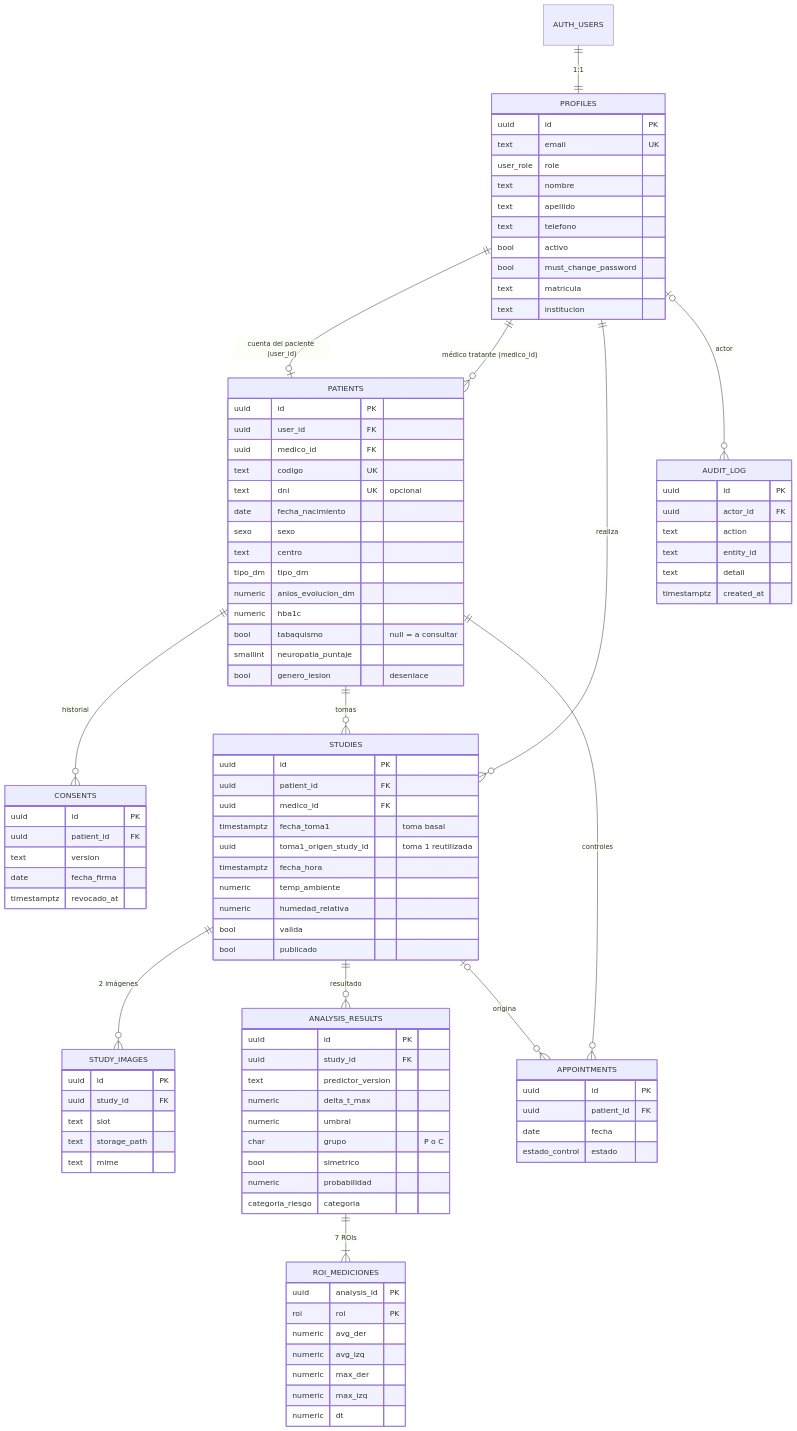
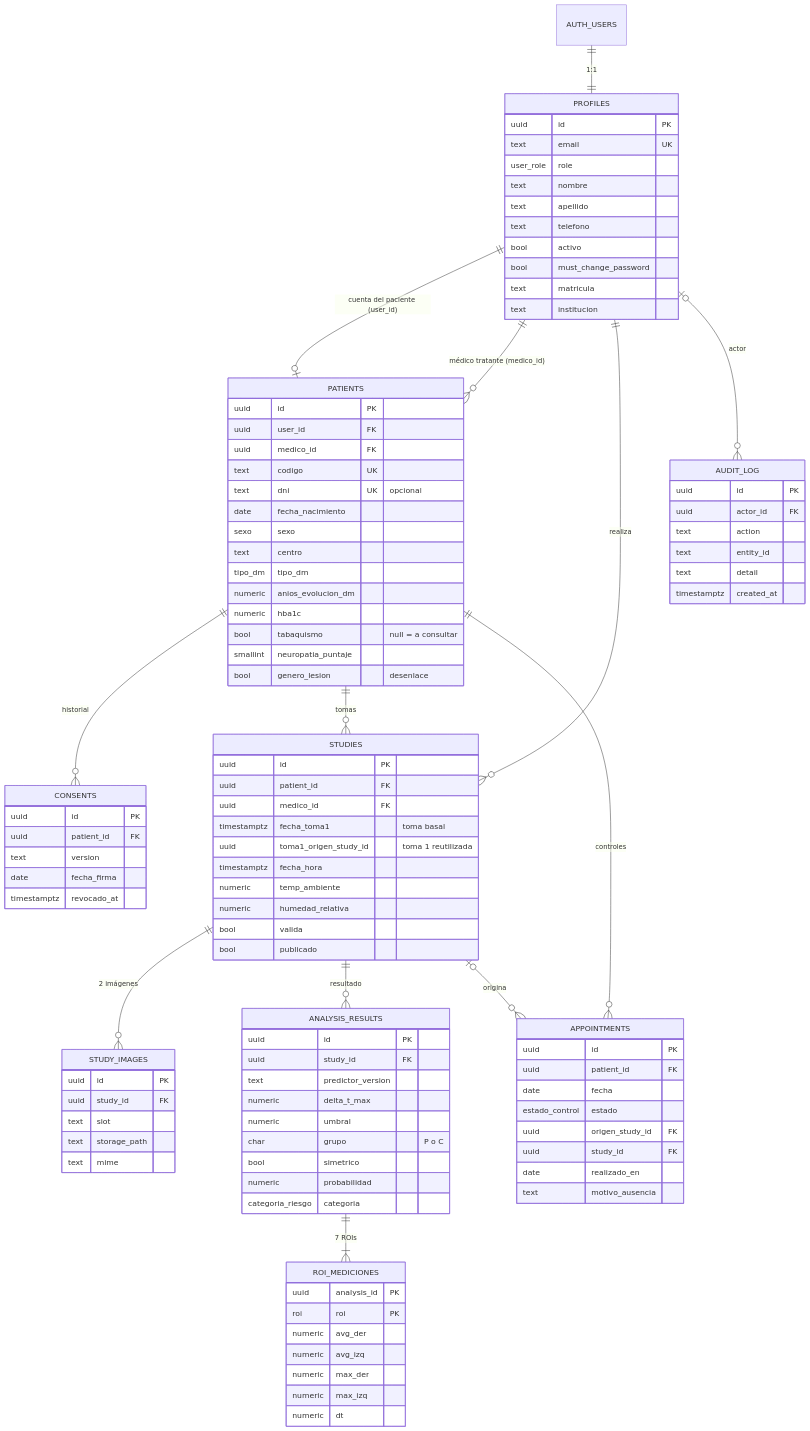
One commit to ivanjalid1/portal-pie-diabetico changed the diagram in docs/modelo-datos.md. Above: the diagram before and after it, drawn with Mermaid. The commit also changed other lines of this file and 8 other files, not shown here.

```diff
--- a/docs/modelo-datos.md
+++ b/docs/modelo-datos.md
@@ -100,6 +100,10 @@
     uuid patient_id FK
     date fecha
     estado_control estado
+    uuid origen_study_id FK
+    uuid study_id FK
+    date realizado_en
+    text motivo_ausencia
   }
   AUDIT_LOG {
     uuid id PK
```
